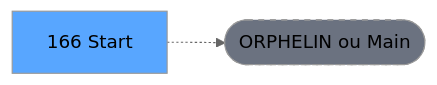
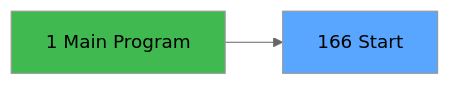
The second of 3 diagrams in .openspec/specs/ADH-IDE-166.md (thonyAGP/magic-migration), drawn with Mermaid (neutral theme) before and after one commit. The commit also changed other lines of this file and 253 other files, not shown here.

````diff
--- a/.openspec/specs/ADH-IDE-166.md
+++ b/.openspec/specs/ADH-IDE-166.md
@@ -124,8 +484,8 @@
 ```mermaid
 graph LR
-    T[166 Start]
-    ORPHAN([ORPHELIN ou Main])
-    T -.-> ORPHAN
-    style T fill:#58a6ff,color:#000
-    style ORPHAN fill:#6b7280,stroke-dasharray: 5 5
+    T166[166 Start]
+    style T166 fill:#58a6ff
+    CALLER1[1 Main Program]
+    CALLER1 --> T166
+    style CALLER1 fill:#3fb950
 ```
````
